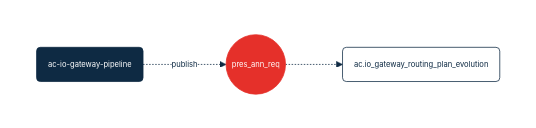
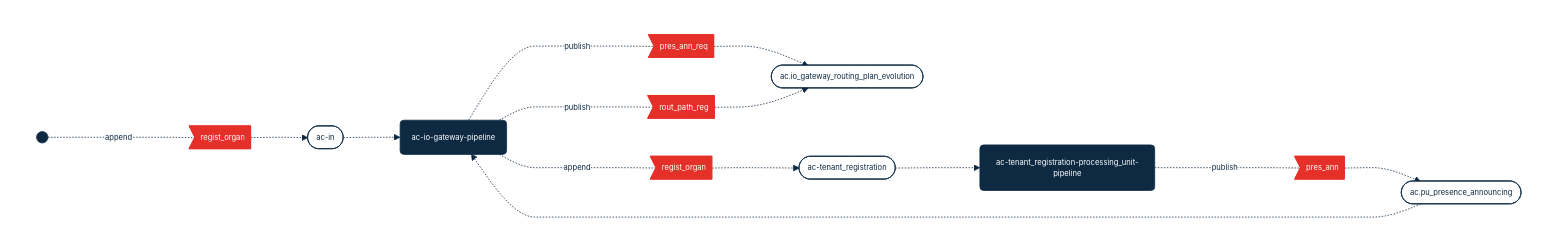
Before and after one commit to cybnity/domain-access-control: the diagram in implementation-line/access-control/ac-system/docs/README.md, drawn with Mermaid. The commit also changed other lines of this file, not shown here.

````diff
--- a/implementation-line/access-control/ac-system/docs/README.md
+++ b/implementation-line/access-control/ac-system/docs/README.md
@@ -46,44 +46,54 @@
 ```mermaid
 %%{
   init: {
     'theme': 'base',
     'themeVariables': {
         'background': '#ffffff',
         'fontFamily': 'arial',
         'fontSize': '10px',
         'primaryColor': '#fff',
         'primaryTextColor': '#0e2a43',
         'primaryBorderColor': '#0e2a43',
         'secondaryColor': '#fff',
         'secondaryTextColor': '#fff',
         'secondaryBorderColor': '#fff',
         'tertiaryColor': '#fff',
         'tertiaryTextColor': '#fff',
         'tertiaryBorderColor': '#fff',
         'edgeLabelBackground':'#fff',
         'lineColor': '#0e2a43',
         'titleColor': '#fff',
         'textColor': '#fff',
         'lineColor': '#0e2a43',
         'nodeTextColor': '#fff',
         'nodeBorder': '#0e2a43',
         'noteTextColor': '#fff',
         'noteBorderColor': '#fff'
     },
     'flowchart': { 'curve': 'monotoneX' }
   }
 }%%
 flowchart LR
   subgraph global
     direction LR
-    id1(ac-io-gateway-pipeline)
-    id1 -. publish .-> id3(("pres_ann_req"))
-    id3 .-> id2(ac.io_gateway_routing_plan_evolution)
+    id1(ac-io-gateway-pipeline) -. publish ..- id3>pres_ann_req]
+    id3 .-> id2([ac.io_gateway_routing_plan_evolution])
+    id1 -. publish ..- id4>rout_path_reg]
+    id4 .-> id2
+    id5(ac-tenant_registration-processing_unit-pipeline) -. publish ..- id6>pres_ann]
+    id6 .-> id7([ac.pu_presence_announcing])
+    id7 .-> id1
+    id12((" ")) -. append ..- id8>regist_organ]
+    id8 .-> id11([ac-in])
+    id11 .-> id1
+    id1 -. append ..- id13>regist_organ]
+    id13 .-> id9([ac-tenant_registration])
+    id9 .-> id5
     
   end
   classDef component fill:#0e2a43, color:#fff
   classDef event fill:#e5302a, stroke:#e5302a, color:#fff
-  class id1 component;
-  class id3 event;
+  class id1,id5,id12 component;
+  class id3,id4,id6,id8,id13 event;
 
 ```
````
